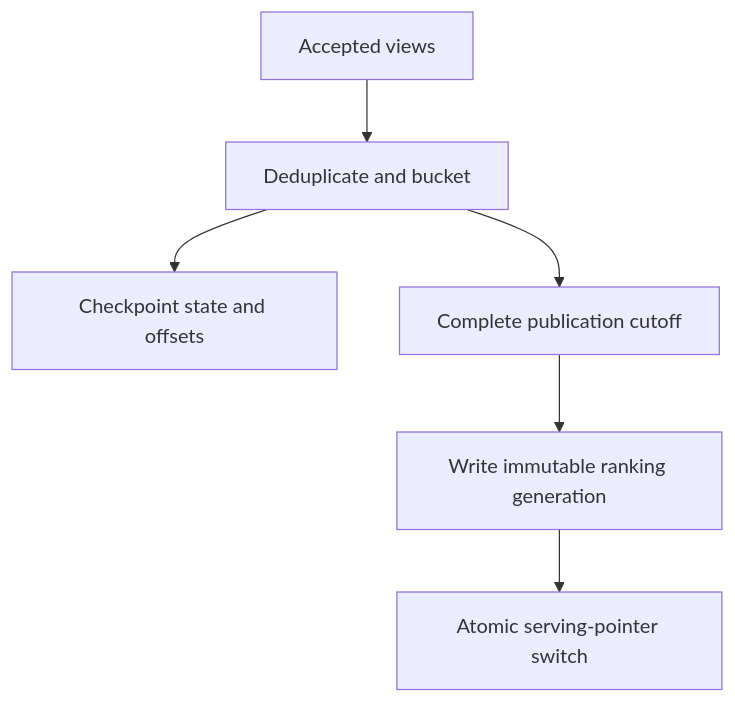
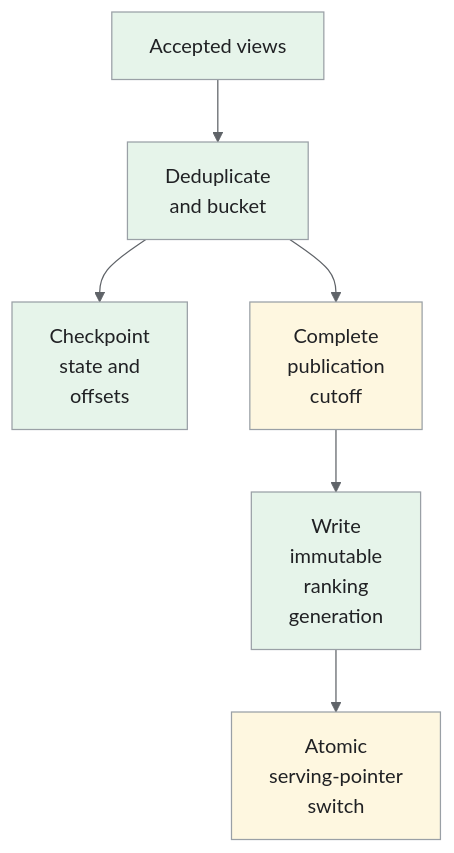
The fifth of 5 diagrams in _designs/system-design-top-k.md (iliazlobin/iliazlobin.github.io), drawn with Mermaid before and after one commit. The commit also changed other lines of this file and 131 other files, not shown here.

````diff
--- a/_designs/system-design-top-k.md
+++ b/_designs/system-design-top-k.md
@@ -233,8 +355,15 @@
 ```mermaid
+%%{init: {"theme":"base","themeVariables":{"primaryColor":"#e8f0fe","primaryBorderColor":"#9aa0a6","primaryTextColor":"#202124","secondaryColor":"#e6f4ea","tertiaryColor":"#fef7e0","lineColor":"#5f6368","actorBkg":"#e8f0fe","actorBorder":"#9aa0a6","actorTextColor":"#202124","noteBkgColor":"#fef7e0","noteBorderColor":"#9aa0a6","noteTextColor":"#202124","signalColor":"#5f6368","signalTextColor":"#202124"}}}%%
 flowchart TB
-  E["Accepted views"] --> A["Deduplicate and bucket"]
-  A --> C["Checkpoint state and offsets"]
-  A --> P["Complete publication cutoff"]
-  P --> G["Write immutable ranking generation"]
-  G --> S["Atomic serving-pointer switch"]
+  E["Accepted views"] --> A["Deduplicate<br>and bucket"]
+  A --> C["Checkpoint<br>state and<br>offsets"]
+  A --> P["Complete<br>publication<br>cutoff"]
+  P --> G["Write<br>immutable<br>ranking<br>generation"]
+  G --> S["Atomic<br>serving-pointer<br>switch"]
+classDef request fill:#e8f0fe,stroke:#9aa0a6,color:#202124;
+classDef data fill:#e6f4ea,stroke:#9aa0a6,color:#202124;
+classDef control fill:#fef7e0,stroke:#9aa0a6,color:#202124;
+class E,A,C,G data;
+class P,S control;
+
 ```
````
